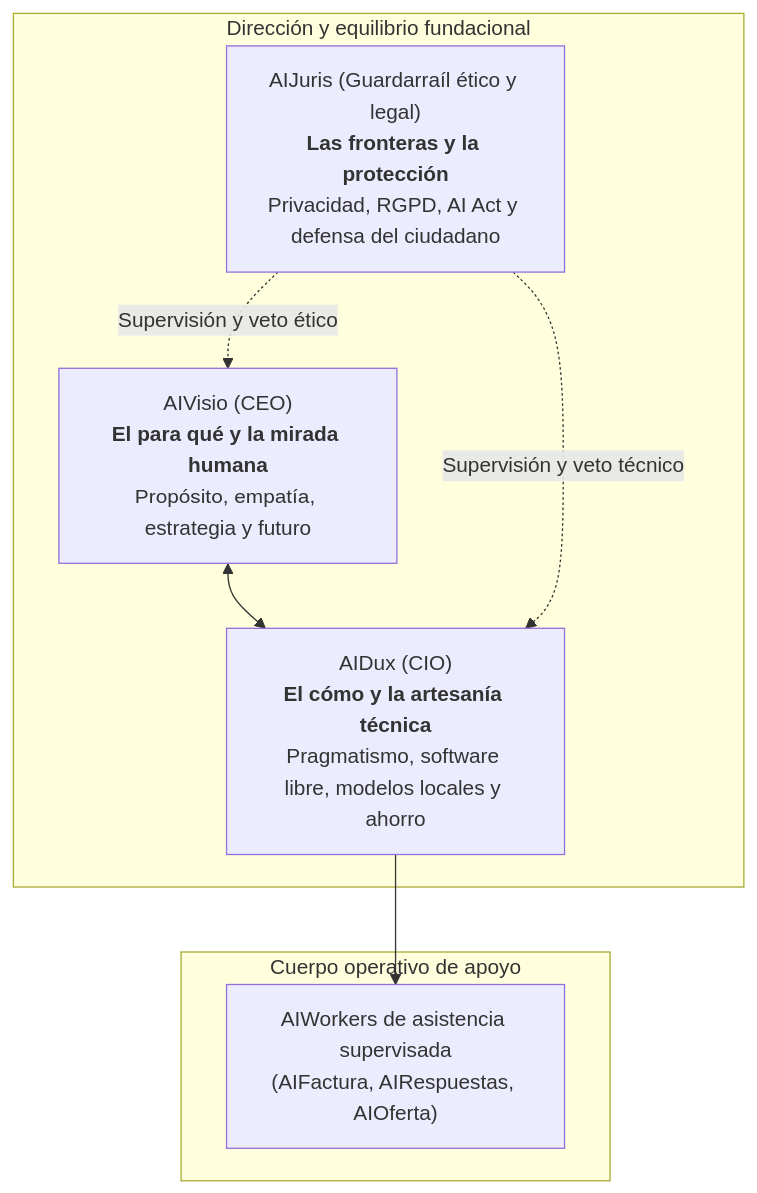
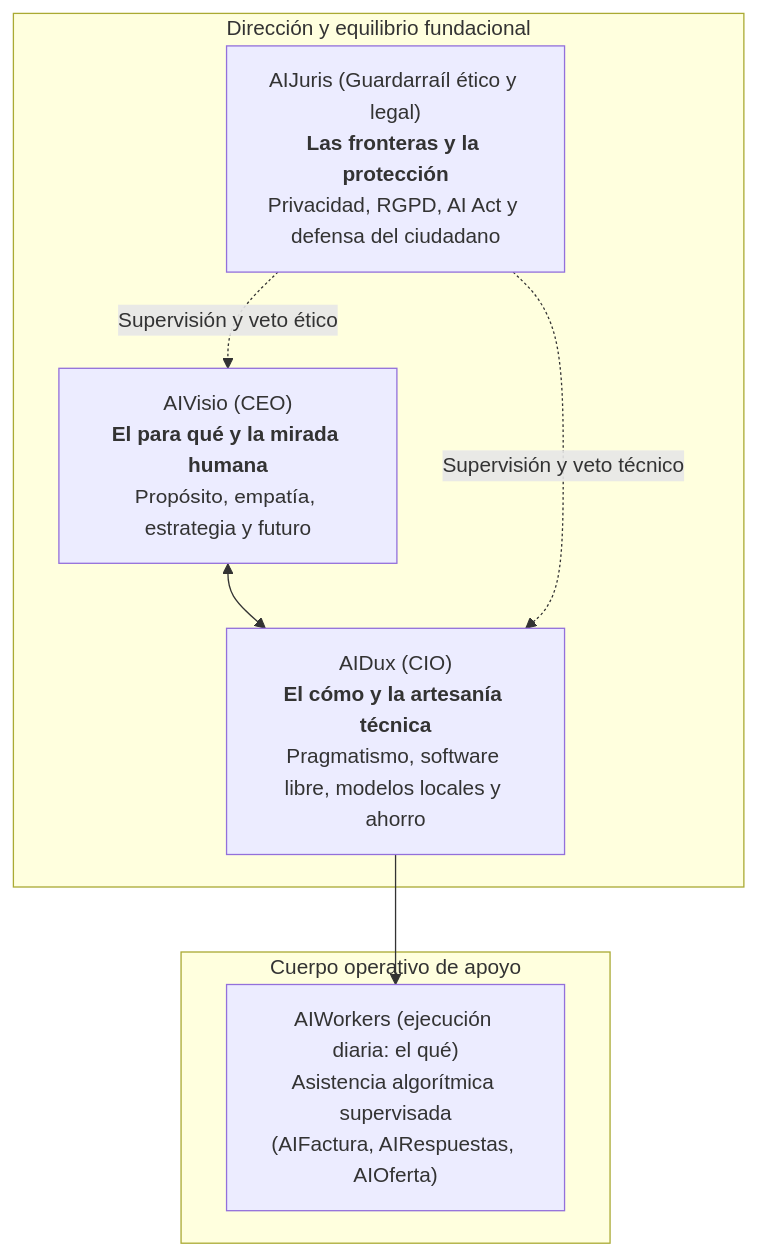
The diagram in AGENTS.md (aievolutio-com/aievolutio.com), drawn with Mermaid before and after one commit. The commit also changed other lines of this file and 40 other files, not shown here.

````diff
--- a/AGENTS.md
+++ b/AGENTS.md
@@ -31,17 +31,17 @@
 ```mermaid
 flowchart TD
   subgraph Direccion["Dirección y equilibrio fundacional"]
     V["AIVisio (CEO)<br><b>El para qué y la mirada humana</b><br>Propósito, empatía, estrategia y futuro"]
     D["AIDux (CIO)<br><b>El cómo y la artesanía técnica</b><br>Pragmatismo, software libre, modelos locales y ahorro"]
     J["AIJuris (Guardarraíl ético y legal)<br><b>Las fronteras y la protección</b><br>Privacidad, RGPD, AI Act y defensa del ciudadano"]
   end
 
   subgraph Ejecucion["Cuerpo operativo de apoyo"]
-    W["AIWorkers de asistencia supervisada<br>(AIFactura, AIRespuestas, AIOferta)"]
+    W["AIWorkers (ejecución diaria: el qué)<br>Asistencia algorítmica supervisada<br>(AIFactura, AIRespuestas, AIOferta)"]
   end
 
   V <--> D
   J -. "Supervisión y veto ético" .-> V
   J -. "Supervisión y veto técnico" .-> D
   D --> W
 ```
````
